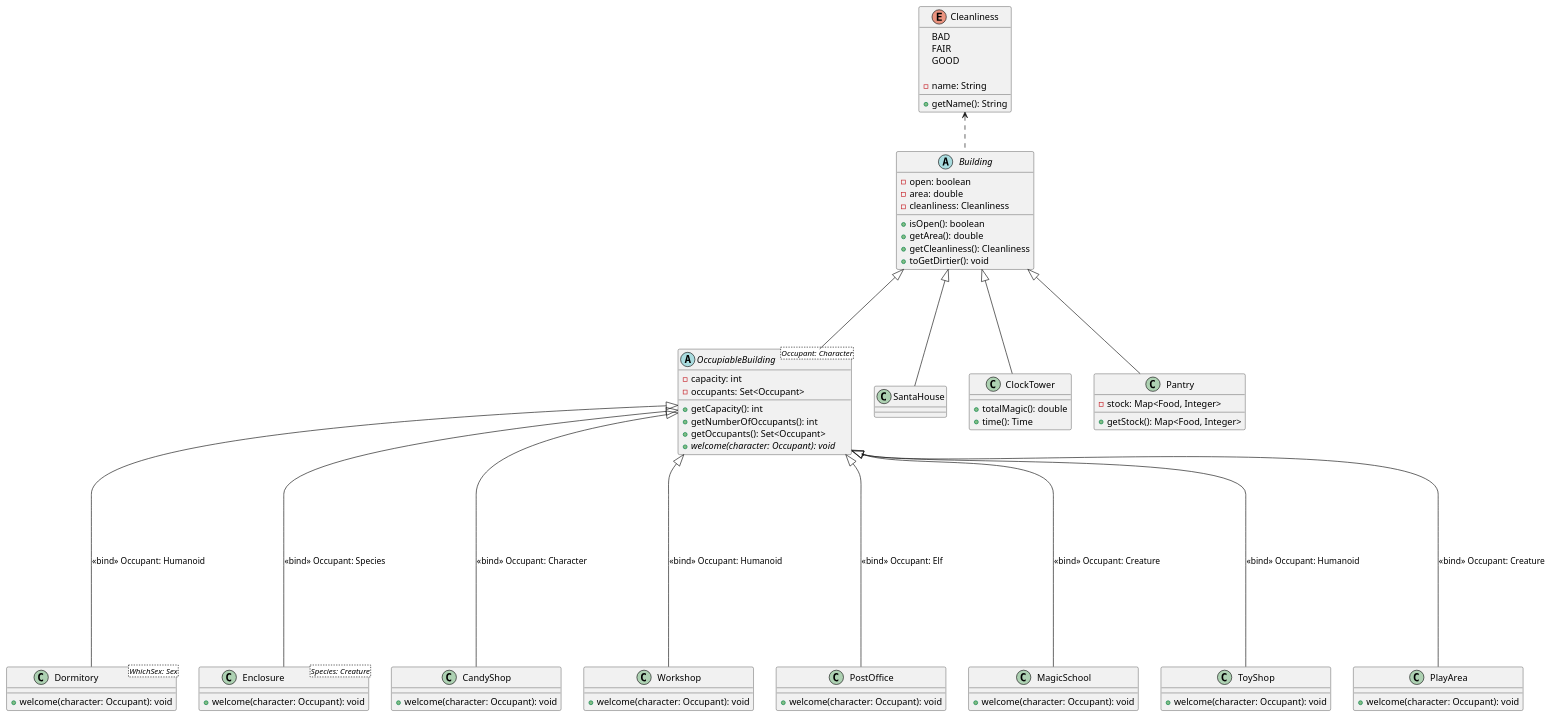
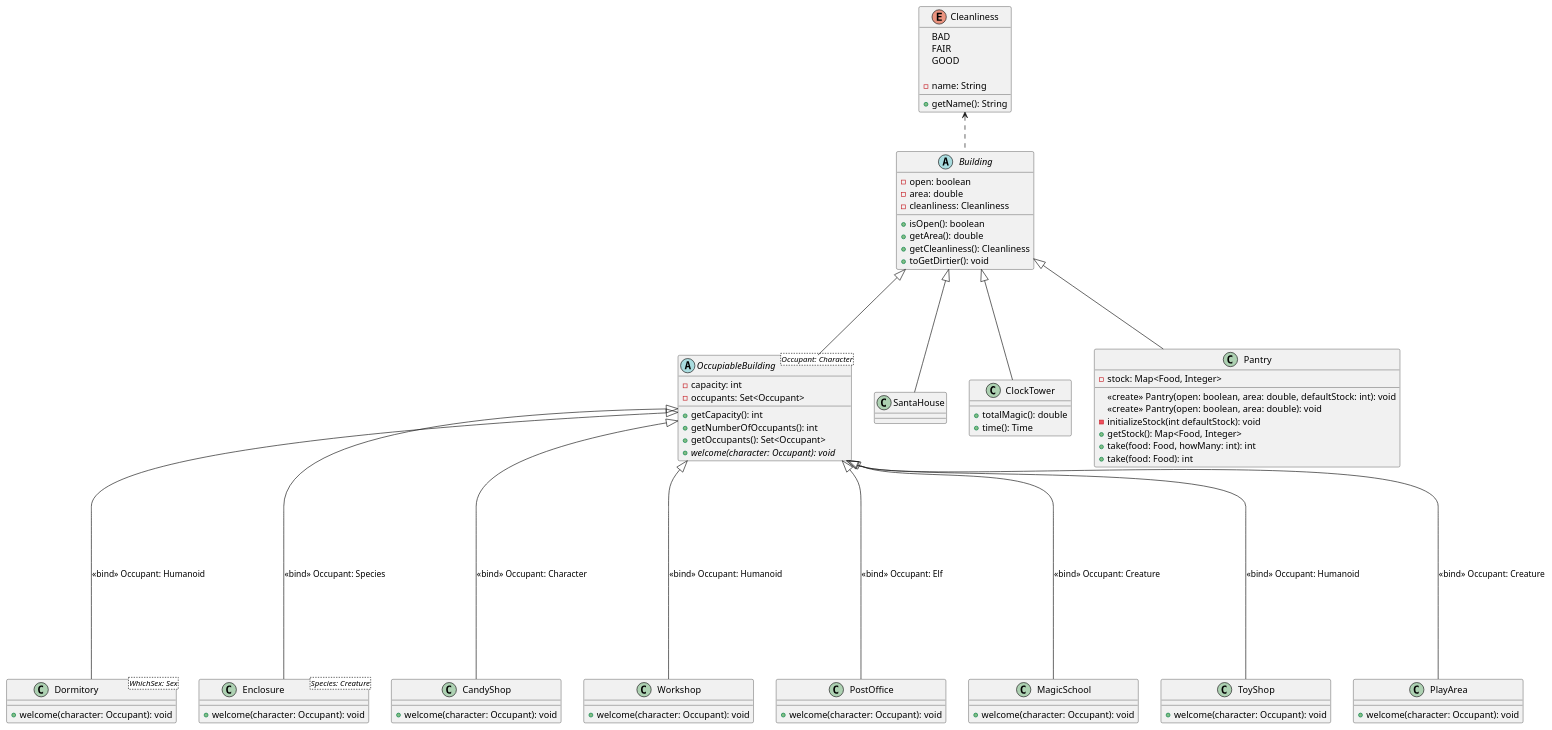
The diagram in docs/diagram/class/building.puml (Alexandre-SBEGHEN/BUT-R3.04-Santa-Village), drawn with PlantUML before and after one commit. The commit also changed 2 other files, not shown here.

Commit message:
feat(building): ajoute la réserve et les prélèvements de stock
Ajoute la classe Pantry et aligne le diagramme sur les méthodes
pour exploiter le stock. Ajuste le code Java en conséquence.
Les tests sont seulement amorcés et restent à implémenter.

```diff
--- a/docs/diagram/class/building.puml
+++ b/docs/diagram/class/building.puml
@@ -1,107 +1,112 @@
 @startuml
 
 /'
     Liaisons
 '/
 
 Cleanliness <.. Building
 
 SantaHouse --up-|> Building
 ClockTower --up-|> Building
 Pantry --up-|> Building
 OccupiableBuilding --up-|> Building
 
 Dormitory -----up-|> OccupiableBuilding : <<bind>> Occupant: Humanoid
 Enclosure -----up-|> OccupiableBuilding : <<bind>> Occupant: Species
 CandyShop -----up-|> OccupiableBuilding : <<bind>> Occupant: Character
 Workshop -----up-|> OccupiableBuilding : <<bind>> Occupant: Humanoid
 PostOffice -----up-|> OccupiableBuilding : <<bind>> Occupant: Elf
 MagicSchool -----up-|> OccupiableBuilding : <<bind>> Occupant: Creature
 ToyShop -----up-|> OccupiableBuilding : <<bind>> Occupant: Humanoid
 PlayArea -----up-|> OccupiableBuilding : <<bind>> Occupant: Creature
 
 /'
     Classes
 '/
 
 enum Cleanliness {
  BAD
  FAIR
  GOOD
 
  - name: String
 
  + getName(): String
 }
 
 ' Bâtiments qui n'accueillent pas
 
 abstract class Building {
  - open: boolean
  - area: double
  - cleanliness: Cleanliness
 
  + isOpen(): boolean
  + getArea(): double
  + getCleanliness(): Cleanliness
  + toGetDirtier(): void
 }
 
 class SantaHouse
 
 class ClockTower {
  + totalMagic(): double
  + time(): Time
 }
 
 class Pantry {
  - stock: Map<Food, Integer>
 
+ <<create>> Pantry(open: boolean, area: double, defaultStock: int): void
+ <<create>> Pantry(open: boolean, area: double): void
+ - initializeStock(int defaultStock): void
  + getStock(): Map<Food, Integer>
+ + take(food: Food, howMany: int): int
+ + take(food: Food): int
 }
 
 ' Bâtiments qui accueillent
 
 abstract OccupiableBuilding<Occupant: Character> {
  - capacity: int
  - occupants: Set<Occupant>
 
  + getCapacity(): int
  + getNumberOfOccupants(): int
  + getOccupants(): Set<Occupant>
  + {abstract} welcome(character: Occupant): void
 }
 
 class Dormitory<WhichSex: Sex> {
  + welcome(character: Occupant): void
 }
 
 class Enclosure<Species: Creature> {
  + welcome(character: Occupant): void
 }
 
 class CandyShop {
  + welcome(character: Occupant): void
 }
 
 class Workshop {
  + welcome(character: Occupant): void
 }
 
 class PostOffice {
  + welcome(character: Occupant): void
 }
 
 class MagicSchool {
  + welcome(character: Occupant): void
 }
 
 class ToyShop {
  + welcome(character: Occupant): void
 }
 
 class PlayArea {
  + welcome(character: Occupant): void
 }
 
 @enduml
```
